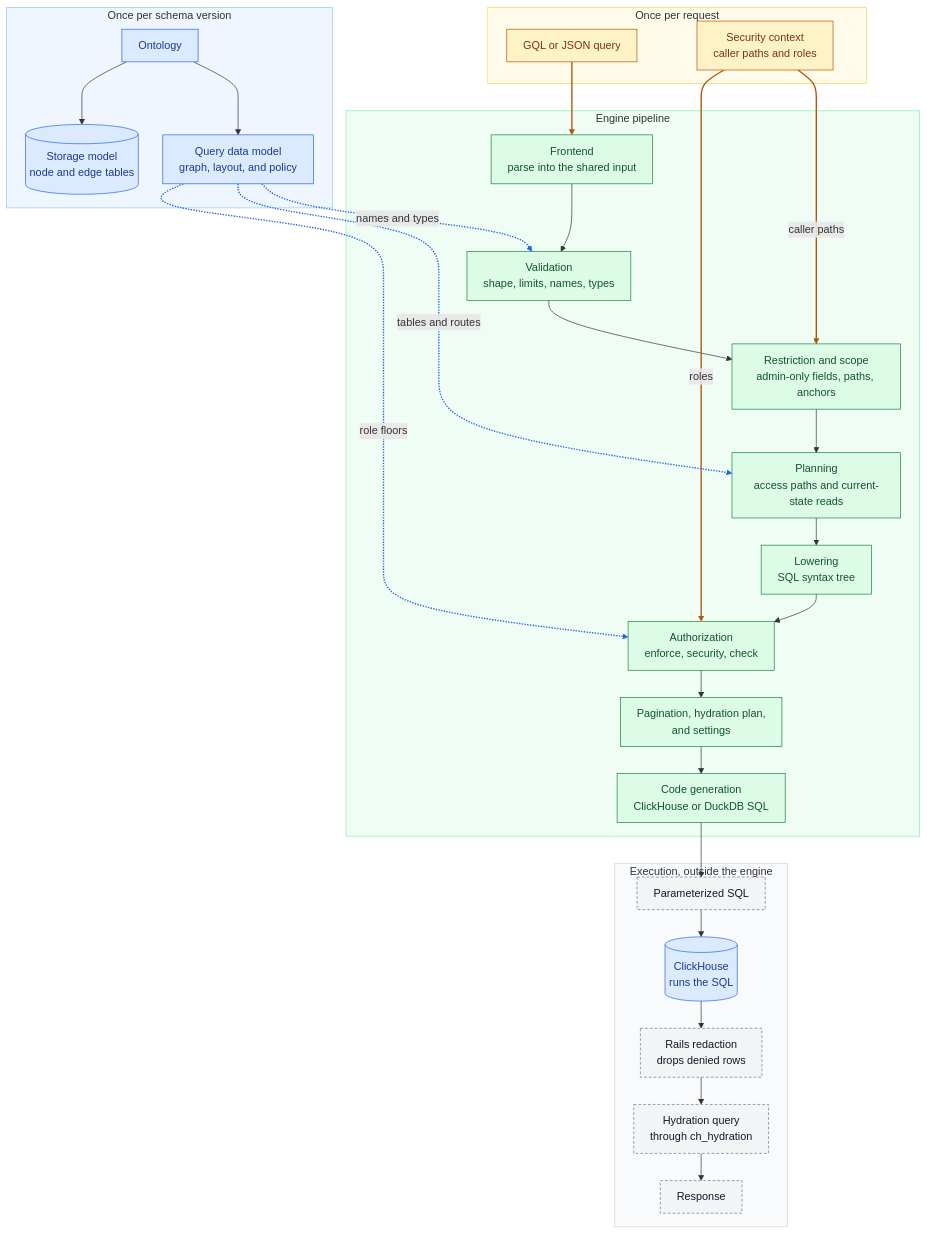
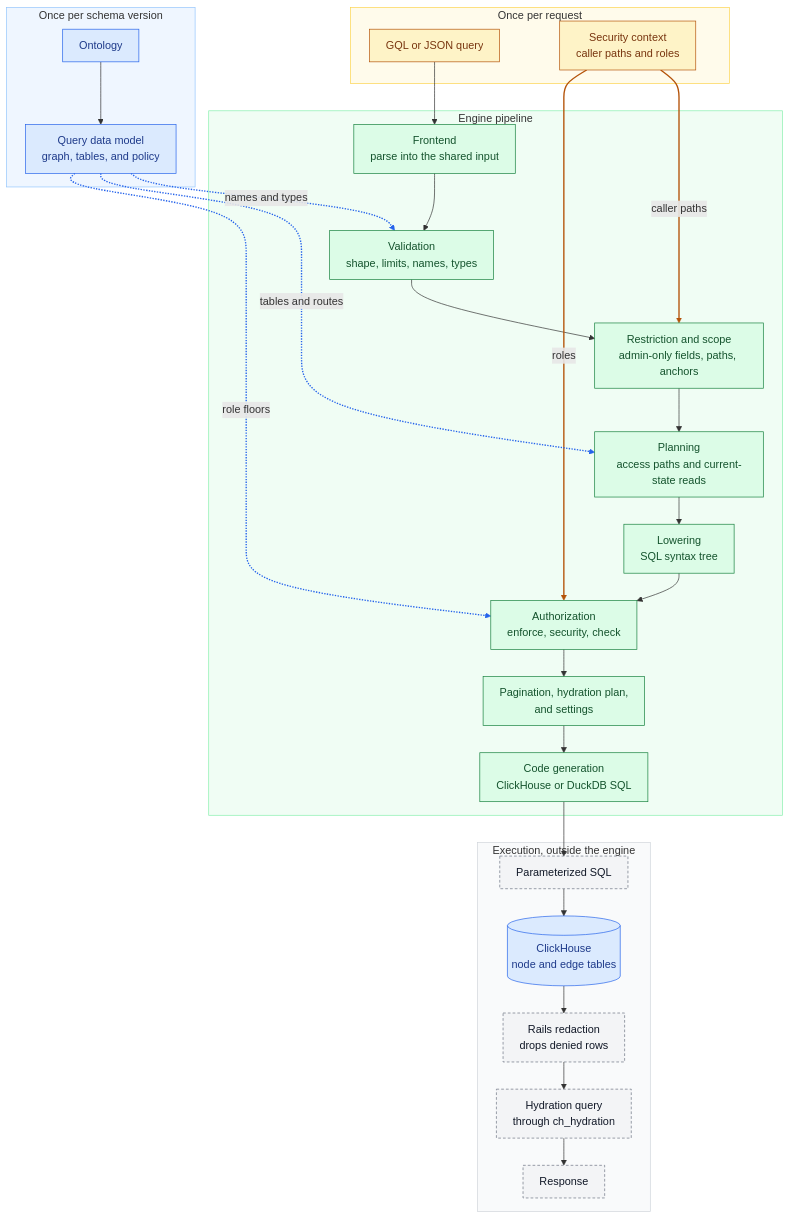
The first of 18 diagrams in docs/design-documents/querying/engine.md (gitlabhq/orbit-knowledge-graph), drawn with Mermaid before and after one commit. The commit also changed other lines of this file and 2 other files, not shown here.

Commit message:
docs(querying): nest the storage model in the data model and show real usage

````diff
--- a/docs/design-documents/querying/engine.md
+++ b/docs/design-documents/querying/engine.md
@@ -74,66 +86,64 @@
 ```mermaid
 %%{init: {"flowchart": {"curve": "basis", "nodeSpacing": 36, "rankSpacing": 40, "padding": 12}}}%%
 flowchart TB
     accTitle: How the graph query engine fits together
-    accDescr: Once per schema version, the ontology produces the query data model and the ClickHouse storage model. For each request, the query text enters the frontend, and the security context feeds restriction and authorization. The query data model feeds validation, planning, and authorization. The pipeline generates parameterized SQL. Outside the engine, ClickHouse runs the SQL, Rails redacts the rows, and a hydration query fetches the remaining properties before the response goes back.
+    accDescr: Once per schema version, the ontology produces the query data model, including the ClickHouse tables that store the graph. For each request, the query text enters the frontend, and the security context feeds restriction and authorization. The query data model feeds validation, planning, and authorization. The pipeline generates parameterized SQL. Outside the engine, ClickHouse runs the SQL, Rails redacts the rows, and a hydration query fetches the remaining properties before the response goes back.
 
     subgraph schema_version["Once per schema version"]
         ontology["Ontology"]
-        model["Query data model<br/>graph, layout, and policy"]
-        storage[("Storage model<br/>node and edge tables")]
+        model["Query data model<br/>graph, tables, and policy"]
         ontology --> model
-        ontology --> storage
     end
 
     subgraph request["Once per request"]
         query_text["GQL or JSON query"]
         context["Security context<br/>caller paths and roles"]
     end
 
     subgraph pipeline["Engine pipeline"]
         frontend["Frontend<br/>parse into the shared input"]
         validation["Validation<br/>shape, limits, names, types"]
         restriction["Restriction and scope<br/>admin-only fields, paths, anchors"]
         planning["Planning<br/>access paths and current-state reads"]
         lowering["Lowering<br/>SQL syntax tree"]
         authorization["Authorization<br/>enforce, security, check"]
         finishing["Pagination, hydration plan,<br/>and settings"]
         codegen["Code generation<br/>ClickHouse or DuckDB SQL"]
         frontend --> validation --> restriction --> planning --> lowering --> authorization --> finishing --> codegen
     end
 
     subgraph execution["Execution, outside the engine"]
         sql["Parameterized SQL"]
-        clickhouse[("ClickHouse<br/>runs the SQL")]
+        clickhouse[("ClickHouse<br/>node and edge tables")]
         redaction["Rails redaction<br/>drops denied rows"]
         hydration["Hydration query<br/>through ch_hydration"]
         response["Response"]
         sql --> clickhouse --> redaction --> hydration --> response
     end
 
     query_text --> frontend
     context -- "caller paths" --> restriction
     context -- "roles" --> authorization
     model -. "names and types" .-> validation
     model -. "tables and routes" .-> planning
     model -. "role floors" .-> authorization
     codegen --> sql
 
     classDef data fill:#DBEAFE,stroke:#2563EB,color:#1E3A8A
     classDef input fill:#FEF3C7,stroke:#B45309,color:#78350F
     classDef phase fill:#DCFCE7,stroke:#15803D,color:#14532D
     classDef outside fill:#F3F4F6,stroke:#6B7280,color:#111827,stroke-dasharray:4 3
 
-    class ontology,model,storage,clickhouse data
+    class ontology,model,clickhouse data
     class query_text,context input
     class frontend,validation,restriction,planning,lowering,authorization,finishing,codegen phase
     class sql,redaction,hydration,response outside
 
     style schema_version fill:#EFF6FF,stroke:#93C5FD
     style request fill:#FFFBEB,stroke:#FCD34D
     style pipeline fill:#F0FDF4,stroke:#86EFAC
     style execution fill:#F9FAFB,stroke:#D1D5DB
 
-    linkStyle 13,14,15 stroke:#B45309,stroke-width:2px
-    linkStyle 16,17,18 stroke:#2563EB,stroke-width:2px
+    linkStyle 13,14 stroke:#B45309,stroke-width:2px
+    linkStyle 15,16,17 stroke:#2563EB,stroke-width:2px
 ```
````
